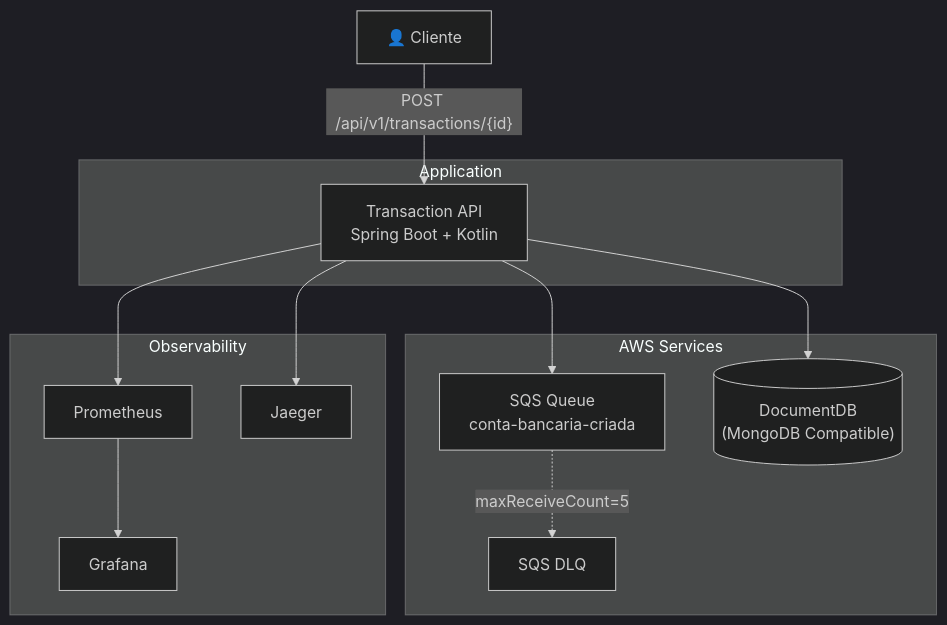
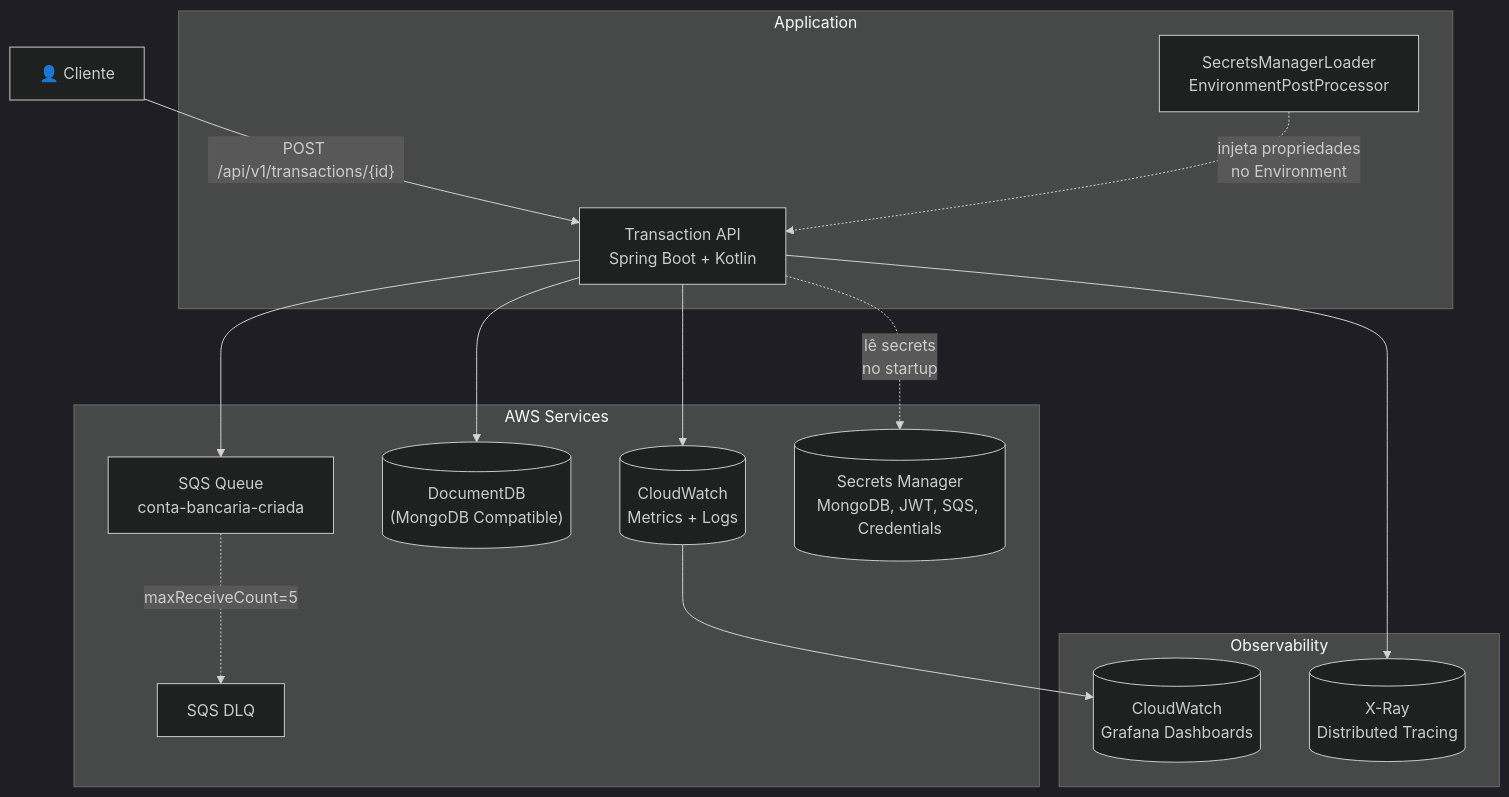
One commit to oborghi/transaction-api-itau changed the diagram in desafiodecdigoita/README.md. Above: the diagram before and after it, drawn with Mermaid (dark theme). The commit also changed other lines of this file and 64 other files, not shown here.

````diff
--- a/desafiodecdigoita/README.md
+++ b/desafiodecdigoita/README.md
@@ -94,26 +83,30 @@
 ```mermaid
 graph TB
     subgraph "Application"
         API["Transaction API<br/>Spring Boot + Kotlin"]
+        SM["SecretsManagerLoader<br/>EnvironmentPostProcessor"]
     end
 
     subgraph "AWS Services"
         SQS["SQS Queue<br/>conta-bancaria-criada"]
         DLQ["SQS DLQ"]
         DocumentDB[("DocumentDB<br/>(MongoDB Compatible)")]
+        CloudWatch[("CloudWatch<br/>Metrics + Logs")]
+        SecretsManager[("Secrets Manager<br/>MongoDB, JWT, SQS, Credentials")]
     end
 
     subgraph "Observability"
-        Prometheus["Prometheus"]
-        Grafana["Grafana"]
-        Jaeger["Jaeger"]
+        CloudWatchG[("CloudWatch<br/>Grafana Dashboards")]
+        XRay[("X-Ray<br/>Distributed Tracing")]
     end
 
     Client["👤 Cliente"] -->|"POST /api/v1/transactions/{id}"| API
     API --> SQS
     SQS -.->|"maxReceiveCount=5"| DLQ
     API --> DocumentDB
-    API --> Prometheus
-    Prometheus --> Grafana
-    API --> Jaeger
+    API --> CloudWatch
+    CloudWatch --> CloudWatchG
+    API --> XRay
+    API -.->|"lê secrets<br/>no startup"| SecretsManager
+    SM -.->|"injeta propriedades<br/>no Environment"| API
 ```
````
